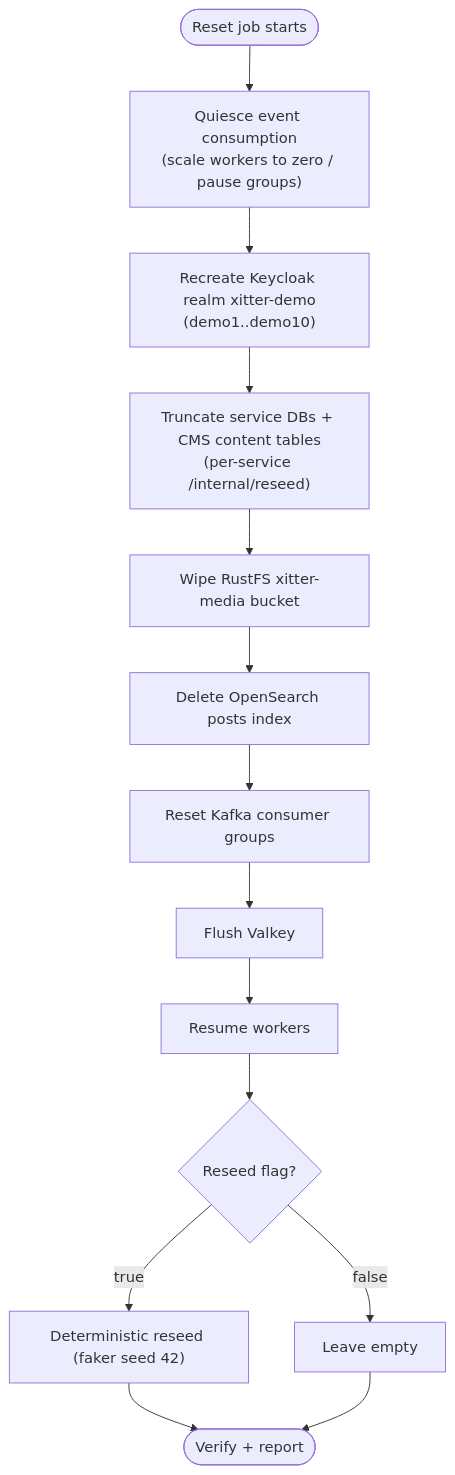
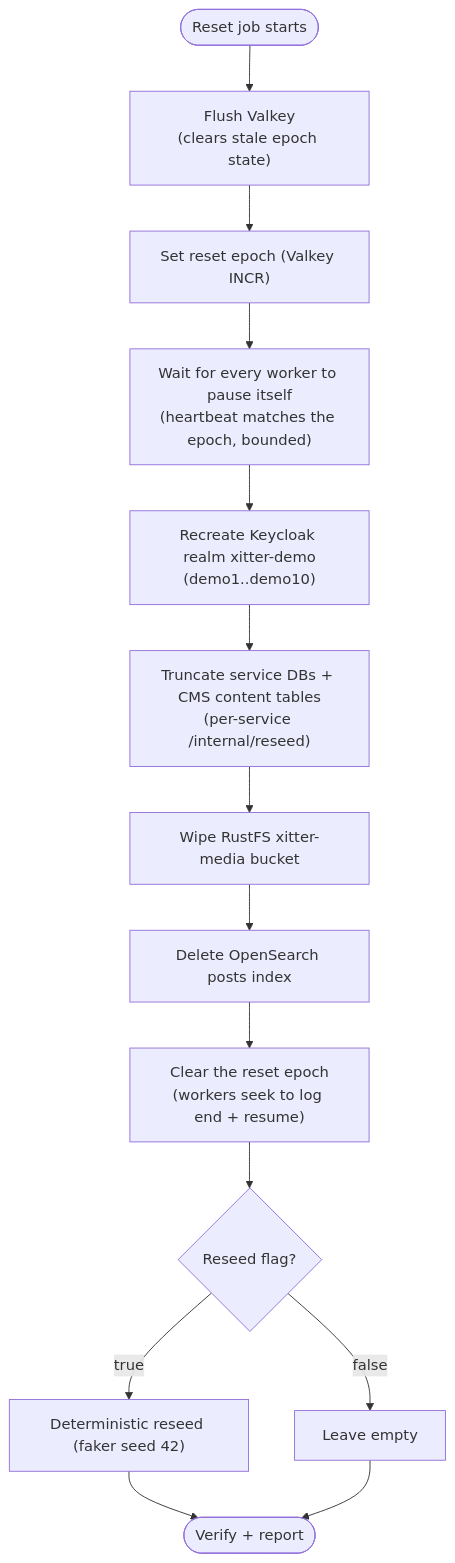
Before and after one commit to jdc-projects/xitter: the diagram in docs/specs/operations/02-data-reset.md, drawn with Mermaid. The commit also changed other lines of this file and 3 other files, not shown here.

First line of the commit message:
docs(reset): spec, data lifecycle, runbook + ADR 0010 for the epoch pause

````diff
--- a/docs/specs/operations/02-data-reset.md
+++ b/docs/specs/operations/02-data-reset.md
@@ -59,16 +60,16 @@
 ```mermaid
 flowchart TD
-  S(["Reset job starts"]) --> Q["Quiesce event consumption\n(scale workers to zero / pause groups)"]
-  Q --> C["Recreate Keycloak realm xitter-demo\n(demo1..demo10)"]
+  S(["Reset job starts"]) --> FL["Flush Valkey\n(clears stale epoch state)"]
+  FL --> EP["Set reset epoch (Valkey INCR)"]
+  EP --> P["Wait for every worker to pause itself\n(heartbeat matches the epoch, bounded)"]
+  P --> C["Recreate Keycloak realm xitter-demo\n(demo1..demo10)"]
   C --> T["Truncate service DBs + CMS content tables\n(per-service /internal/reseed)"]
   T --> M["Wipe RustFS xitter-media bucket"]
   M --> O["Delete OpenSearch posts index"]
-  O --> K["Reset Kafka consumer groups"]
-  K --> FL["Flush Valkey"]
-  FL --> W["Resume workers"]
-  W --> R{Reseed flag?}
+  O --> K["Clear the reset epoch\n(workers seek to log end + resume)"]
+  K --> R{Reseed flag?}
   R -->|true| D["Deterministic reseed (faker seed 42)"]
-  R -->|false| E["Leave empty"]
+  R -->|false| L["Leave empty"]
   D --> V(["Verify + report"])
-  E --> V
+  L --> V
 ```
````
